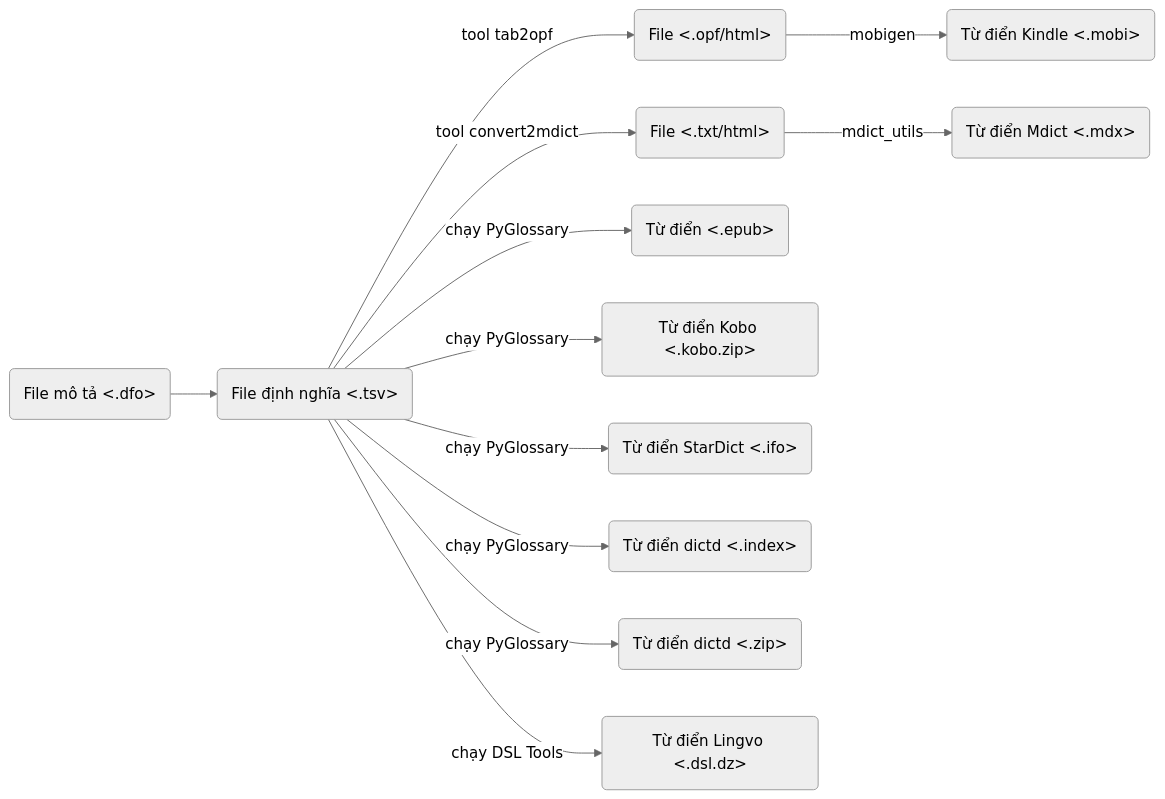
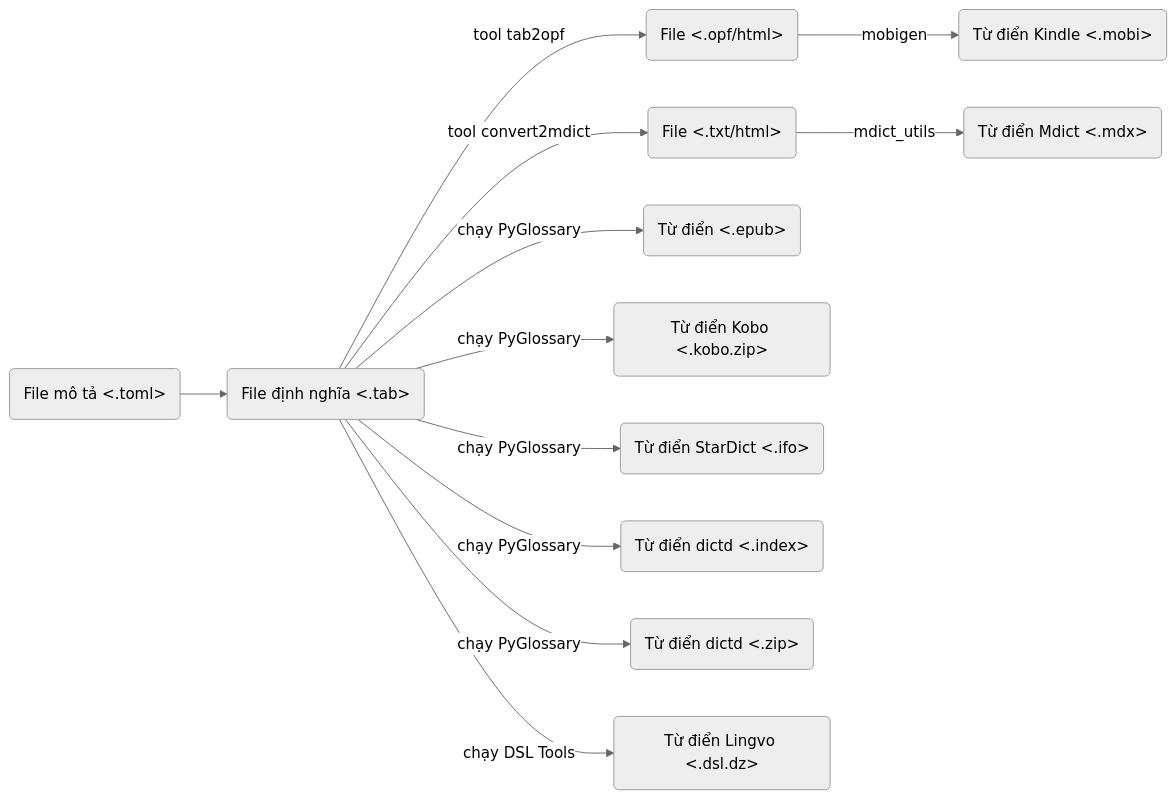
One commit to catusf/tudien changed the diagram in README.md. Above: the diagram before and after it, drawn with Mermaid (neutral theme).

Commit message:
Revise flowchart for file processing in README
Updated the flowchart in README.md to reflect changes in file types and processes.

````diff
--- a/README.md
+++ b/README.md
@@ -80,12 +80,12 @@
 ```mermaid
 graph LR;
-    GenMetadat(File mô tả <.dfo>) --> GenTab(File định nghĩa <.tsv>);
+    ReadMetadata(File mô tả <.toml>) --> GenTab(File định nghĩa <.tab>);
     GenTab -- tool tab2opf --> HTML_File(File <.opf/html>) -- mobigen --> KindleDict(Từ điển Kindle <.mobi>);
-    GenTab -- tool convert2mdict  --> HTML_TXT_File(File <.txt/html>) -- mdict_utils --> Mdict(Từ điển Mdict <.mdx>);
+    GenTab -- tool convert2mdict --> HTML_TXT_File(File <.txt/html>) -- mdict_utils --> Mdict(Từ điển Mdict <.mdx>);
     GenTab -- chạy PyGlossary --> EpubDict(Từ điển <.epub>);
-    GenTab --  chạy PyGlossary --> KoboDict(Từ điển Kobo <.kobo.zip>);
-    GenTab --  chạy PyGlossary --> StarDict(Từ điển StarDict <.ifo>);
-    GenTab --  chạy PyGlossary --> dictd(Từ điển dictd <.index>);
-    GenTab --  chạy PyGlossary --> Yomitan(Từ điển dictd <.zip>);
-    GenTab --  chạy DSL Tools --> DSLDict(Từ điển Lingvo <.dsl.dz>);
+    GenTab -- chạy PyGlossary --> KoboDict(Từ điển Kobo <.kobo.zip>);
+    GenTab -- chạy PyGlossary --> StarDict(Từ điển StarDict <.ifo>);
+    GenTab -- chạy PyGlossary --> dictd(Từ điển dictd <.index>);
+    GenTab -- chạy PyGlossary --> Yomitan(Từ điển dictd <.zip>);
+    GenTab -- chạy DSL Tools --> DSLDict(Từ điển Lingvo <.dsl.dz>);
 ```
````
